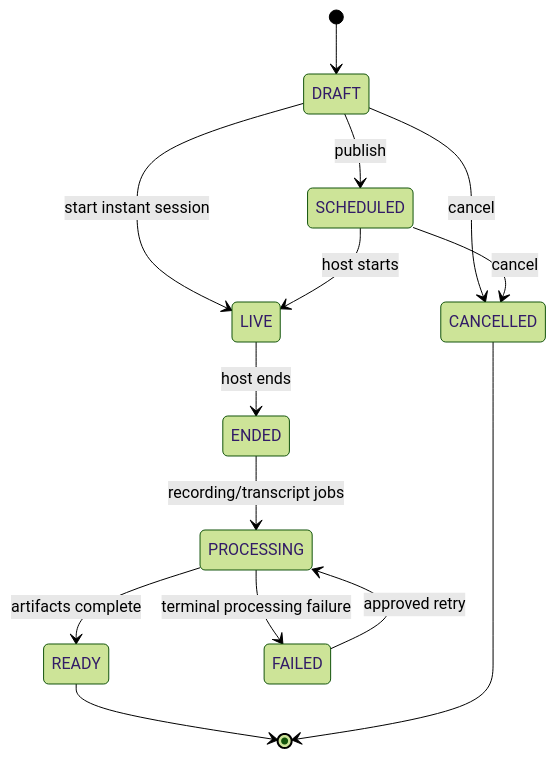
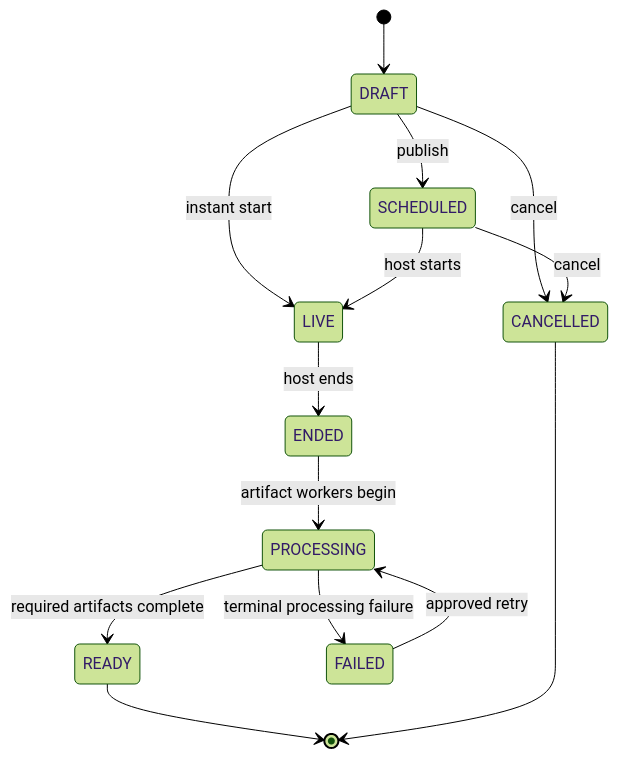
One commit to ooarchitect92/sessions changed the fourth of 6 diagrams in docs/architecture.md. Above: the diagram before and after it, drawn with Mermaid (forest theme). The commit also changed other lines of this file and 3 other files, not shown here.

Commit message:
docs: update architecture and workflow documentation

````diff
--- a/docs/architecture.md
+++ b/docs/architecture.md
@@ -48,16 +81,16 @@
 ```mermaid
 stateDiagram-v2
   [*] --> DRAFT
   DRAFT --> SCHEDULED: publish
-  DRAFT --> LIVE: start instant session
+  DRAFT --> LIVE: instant start
   SCHEDULED --> LIVE: host starts
   DRAFT --> CANCELLED: cancel
   SCHEDULED --> CANCELLED: cancel
   LIVE --> ENDED: host ends
-  ENDED --> PROCESSING: recording/transcript jobs
-  PROCESSING --> READY: artifacts complete
+  ENDED --> PROCESSING: artifact workers begin
+  PROCESSING --> READY: required artifacts complete
   PROCESSING --> FAILED: terminal processing failure
   FAILED --> PROCESSING: approved retry
   READY --> [*]
   CANCELLED --> [*]
 ```
````
